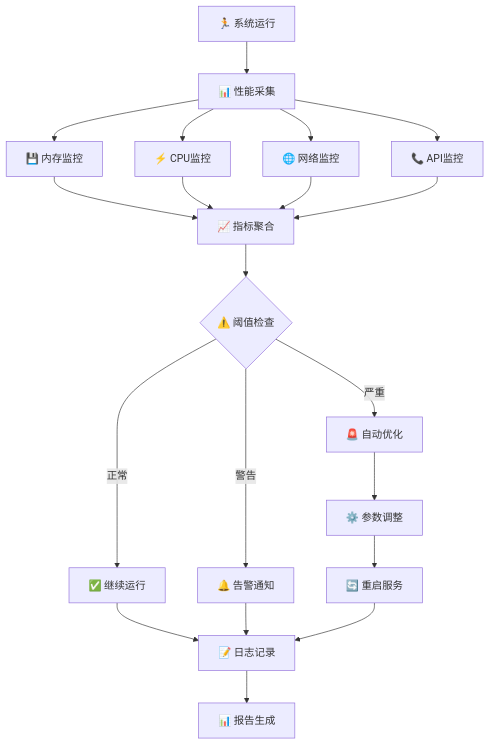
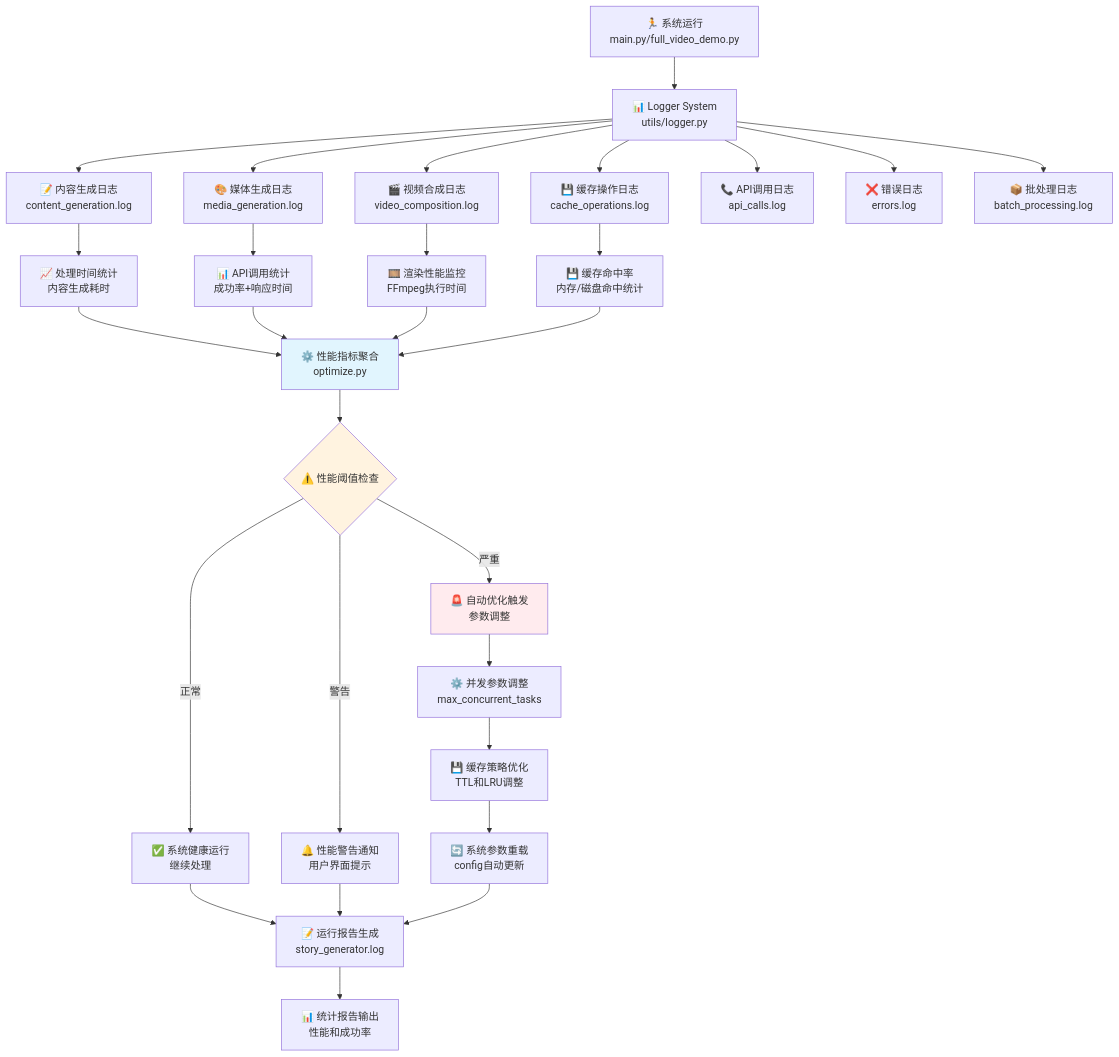
Before and after one commit to qq1151131109/story_video_generator: diagram 13 of 14 in WORKFLOW_DIAGRAM.md, drawn with Mermaid. The commit also changed other lines of this file and 3 other files, not shown here.

First line of the commit message:
🎨 优化图像提示词生成系统

````diff
--- a/WORKFLOW_DIAGRAM.md
+++ b/WORKFLOW_DIAGRAM.md
@@ -409,28 +658,47 @@
 ```mermaid
 graph TB
-    A[🏃 系统运行] --> B[📊 性能采集]
+    %% 系统运行监控入口
+    A[🏃 系统运行<br/>main.py/full_video_demo.py] --> B[📊 Logger System<br/>utils/logger.py]
     
-    B --> C[💾 内存监控]
-    B --> D[⚡ CPU监控]
-    B --> E[🌐 网络监控]
-    B --> F[📞 API监控]
+    %% 分类日志记录
+    B --> C[📝 内容生成日志<br/>content_generation.log]
+    B --> D[🎨 媒体生成日志<br/>media_generation.log]
+    B --> E[🎬 视频合成日志<br/>video_composition.log]
+    B --> F[💾 缓存操作日志<br/>cache_operations.log]
+    B --> G[📞 API调用日志<br/>api_calls.log]
+    B --> H[❌ 错误日志<br/>errors.log]
+    B --> I[📦 批处理日志<br/>batch_processing.log]
     
-    C --> G[📈 指标聚合]
-    D --> G
-    E --> G
-    F --> G
+    %% 性能指标收集
+    C --> J[📈 处理时间统计<br/>内容生成耗时]
+    D --> K[📊 API调用统计<br/>成功率+响应时间]
+    E --> L[🎞️ 渲染性能监控<br/>FFmpeg执行时间]
+    F --> M[💾 缓存命中率<br/>内存/磁盘命中统计]
     
-    G --> H{⚠️ 阈值检查}
-    H -->|正常| I[✅ 继续运行]
-    H -->|警告| J[🔔 告警通知]
-    H -->|严重| K[🚨 自动优化]
-    
-    K --> L[⚙️ 参数调整]
-    L --> M[🔄 重启服务]
-    
-    I --> N[📝 日志记录]
-    J --> N
+    %% 实时性能分析
+    J --> N[⚙️ 性能指标聚合<br/>optimize.py]
+    K --> N
+    L --> N
     M --> N
     
-    N --> O[📊 报告生成]
+    N --> O{⚠️ 性能阈值检查}
+    O -->|正常| P[✅ 系统健康运行<br/>继续处理]
+    O -->|警告| Q[🔔 性能警告通知<br/>用户界面提示]
+    O -->|严重| R[🚨 自动优化触发<br/>参数调整]
+    
+    %% 自动优化机制
+    R --> S[⚙️ 并发参数调整<br/>max_concurrent_tasks]
+    S --> T[💾 缓存策略优化<br/>TTL和LRU调整]
+    T --> U[🔄 系统参数重载<br/>config自动更新]
+    
+    %% 结果输出
+    P --> V[📝 运行报告生成<br/>story_generator.log]
+    Q --> V
+    U --> V
+    
+    V --> W[📊 统计报告输出<br/>性能和成功率]
+    
+    style N fill:#e1f5fe
+    style O fill:#fff3e0
+    style R fill:#ffebee
 ```
````
